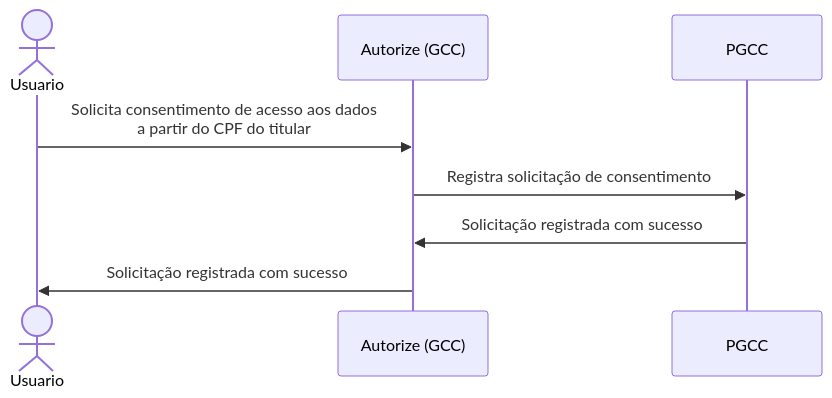
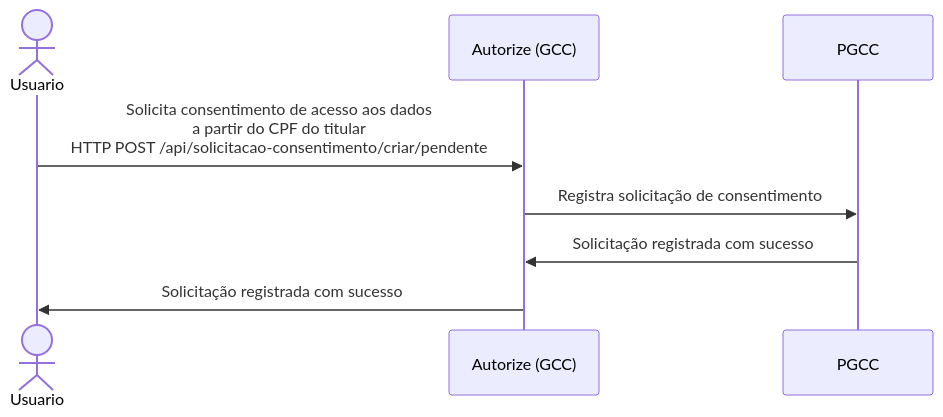
One commit to IndigoHive/autorize-gcc-docs changed the first of 6 diagrams in guias/fluxo-da-informacao.mdx. Above: the diagram before and after it, drawn with Mermaid. The commit also changed other lines of this file and 1 other file, not shown here.

Commit message:
Revise homepage content: update title and description, enhance layout with new sections, and improve navigation to API reference and guides.

````diff
--- a/guias/fluxo-da-informacao.mdx
+++ b/guias/fluxo-da-informacao.mdx
@@ -12,11 +12,11 @@
       ```mermaid
       sequenceDiagram
           actor Usuario
           participant GCC as Autorize (GCC)
           participant PGCC as PGCC
 
-          Usuario->>GCC: Solicita consentimento de acesso aos dados<br>a partir do CPF do titular
+          Usuario->>GCC: Solicita consentimento de acesso aos dados<br>a partir do CPF do titular<br>HTTP POST /api/solicitacao-consentimento/criar/pendente
           GCC->>PGCC: Registra solicitação de consentimento
           PGCC->>GCC: Solicitação registrada com sucesso
           GCC->>Usuario: Solicitação registrada com sucesso
       ```
````
